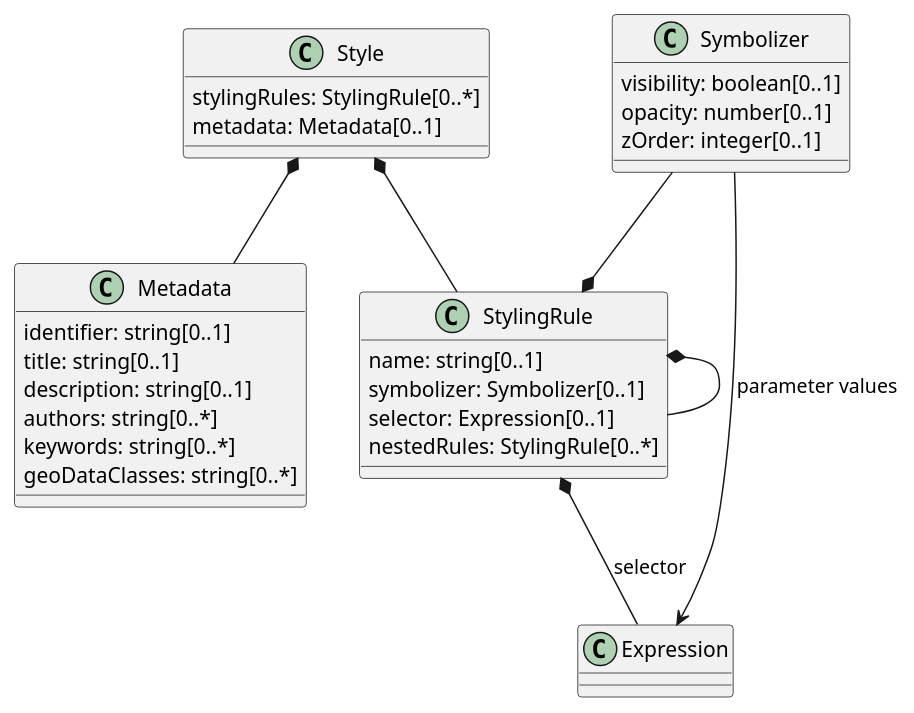
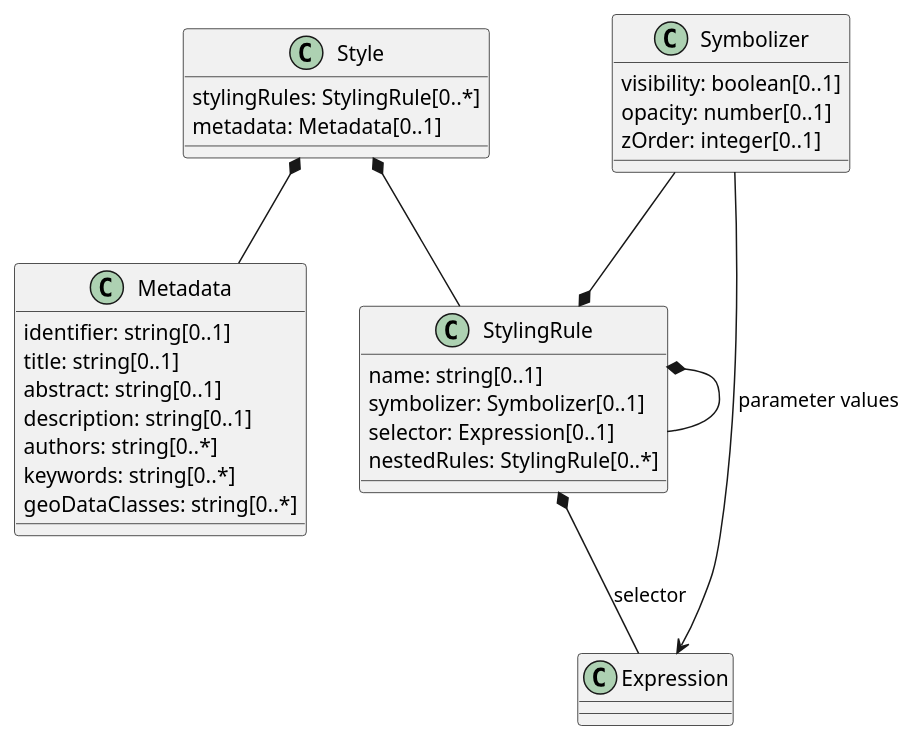
Before and after one commit to opengeospatial/cartographic-symbology: the first of 6 diagrams in 1-core/sections/clause_7_core.adoc, drawn with PlantUML. The commit also changed other lines of this file and 1 other file, not shown here.

Commit message:
Metadata: add abstract to the UML, the table and the JSON schema

```diff
--- a/1-core/sections/clause_7_core.adoc
+++ b/1-core/sections/clause_7_core.adoc
@@ -18,33 +18,34 @@
 [plantuml, target=diagram-classes, format=png]
 ....
 @startuml
 Style : stylingRules: StylingRule[0..*]
 Style *-- StylingRule
 Style : metadata: Metadata[0..1]
 Style *-- Metadata
 
 Metadata : identifier: string[0..1]
 Metadata : title: string[0..1]
+Metadata : abstract: string[0..1]
 Metadata : description: string[0..1]
 Metadata : authors: string[0..*]
 Metadata : keywords: string[0..*]
 Metadata : geoDataClasses: string[0..*]
 
 StylingRule : name: string[0..1]
 StylingRule : symbolizer: Symbolizer[0..1]
 StylingRule : selector: Expression[0..1]
 StylingRule : nestedRules: StylingRule[0..*]
 StylingRule *-- StylingRule
 StylingRule *-- Expression : selector
 
 Symbolizer : visibility: boolean[0..1]
 Symbolizer : opacity: number[0..1]
 Symbolizer : zOrder: integer[0..1]
 Symbolizer --* StylingRule
 Symbolizer --> Expression : parameter values
 
 /'Note: zOrder needs discussion on whether it should be relative or float
 and how to relate to encodings where the visual priority order
 comes from the order of the rules.'/
 @enduml
 ....
```
